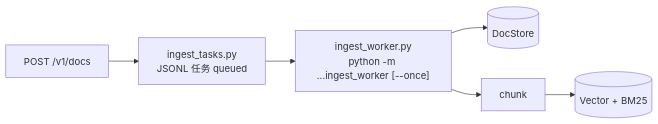
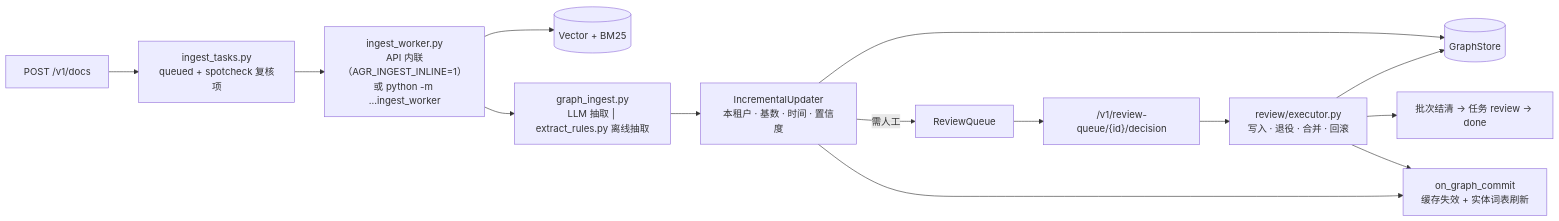
Before and after one commit to RightCloudhub/AG: the tenth of 16 diagrams in docs/ARCHITECTURE.md, drawn with Mermaid. The commit also changed other lines of this file and 42 other files, not shown here.

````diff
--- a/docs/ARCHITECTURE.md
+++ b/docs/ARCHITECTURE.md
@@ -225,7 +228,16 @@
 ```mermaid
 flowchart LR
-    UP["POST /v1/docs"] --> TS["ingest_tasks.py<br/>JSONL 任务 queued"]
-    TS --> WK["ingest_worker.py<br/>python -m ...ingest_worker [--once]"]
-    WK --> DS[("DocStore")]
-    WK --> CH["chunk"] --> IX[("Vector + BM25")]
+    UP["POST /v1/docs"] --> TS["ingest_tasks.py<br/>queued + spotcheck 复核项"]
+    TS --> WK["ingest_worker.py<br/>API 内联（AGR_INGEST_INLINE=1）<br/>或 python -m ...ingest_worker"]
+    WK --> IX[("Vector + BM25")]
+    WK --> GI["graph_ingest.py<br/>LLM 抽取 | extract_rules.py 离线抽取"]
+    GI --> UPD["IncrementalUpdater<br/>本租户 · 基数 · 时间 · 置信度"]
+    UPD --> GS[("GraphStore")]
+    UPD -->|"需人工"| RQ["ReviewQueue"]
+    RQ --> DEC["/v1/review-queue/{id}/decision"]
+    DEC --> EXE["review/executor.py<br/>写入 · 退役 · 合并 · 回滚"]
+    EXE --> GS
+    EXE --> DONE["批次结清 → 任务 review → done"]
+    UPD --> CM["on_graph_commit<br/>缓存失效 + 实体词表刷新"]
+    EXE --> CM
 ```
````
